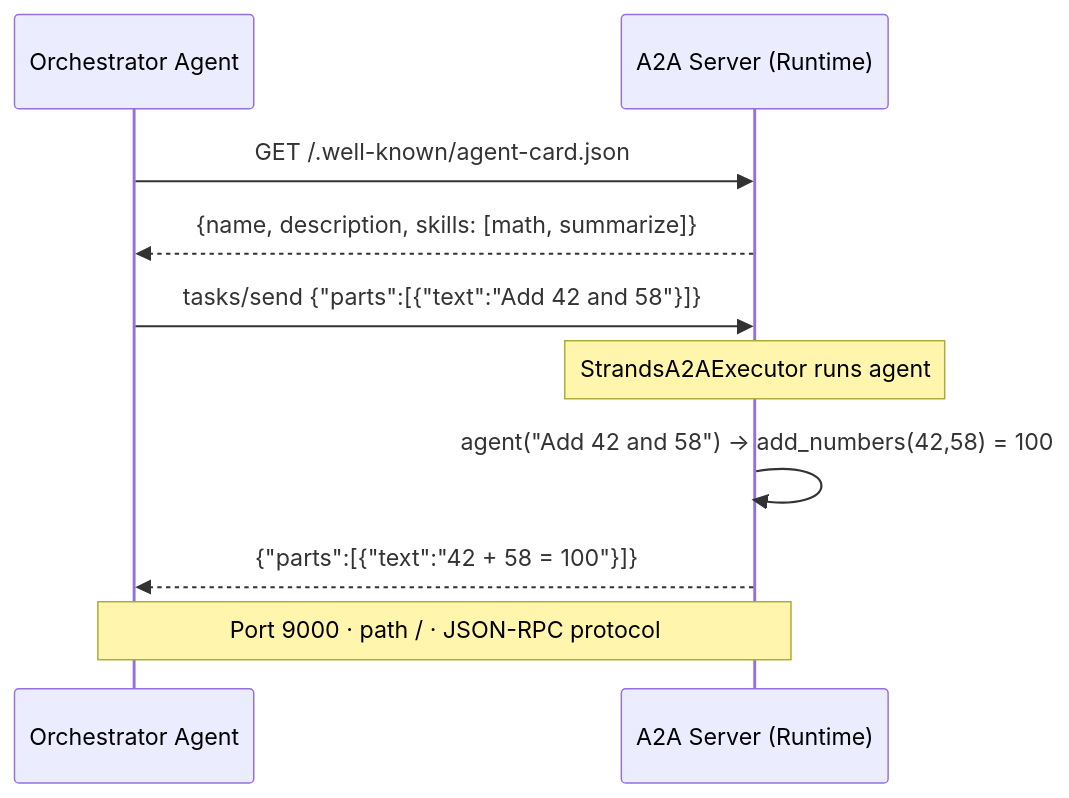
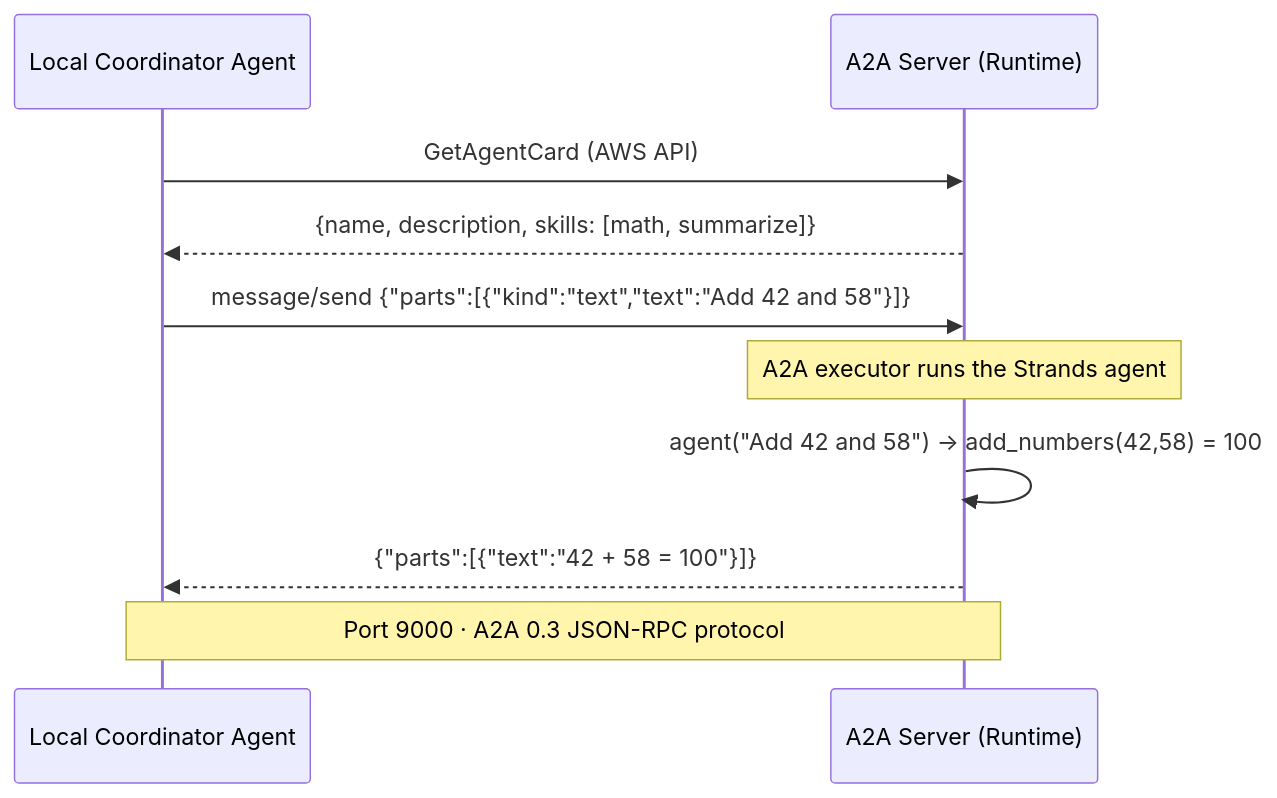
One commit to anveshmuppeda/agents-on-aws changed the second of 3 diagrams in 01-runtime/012-runtime-a2a/README.md. Above: the diagram before and after it, drawn with Mermaid. The commit also changed other lines of this file and 23 other files, not shown here.

````diff
--- a/01-runtime/012-runtime-a2a/README.md
+++ b/01-runtime/012-runtime-a2a/README.md
@@ -46,15 +48,15 @@
 ```mermaid
 sequenceDiagram
-    participant Orch as Orchestrator Agent
+    participant Orch as Local Coordinator Agent
     participant S    as A2A Server (Runtime)
 
-    Orch ->> S   : GET /.well-known/agent-card.json
+    Orch ->> S   : GetAgentCard (AWS API)
     S   -->> Orch : {name, description, skills: [math, summarize]}
 
-    Orch ->> S   : tasks/send {"parts":[{"text":"Add 42 and 58"}]}
-    note over S  : StrandsA2AExecutor runs agent
+    Orch ->> S   : message/send {"parts":[{"kind":"text","text":"Add 42 and 58"}]}
+    note over S  : A2A executor runs the Strands agent
     S    ->> S   : agent("Add 42 and 58") -> add_numbers(42,58) = 100
     S   -->> Orch : {"parts":[{"text":"42 + 58 = 100"}]}
 
-    note over Orch,S: Port 9000 · path / · JSON-RPC protocol
+    note over Orch,S: Port 9000 · A2A 0.3 JSON-RPC protocol
 ```
````
